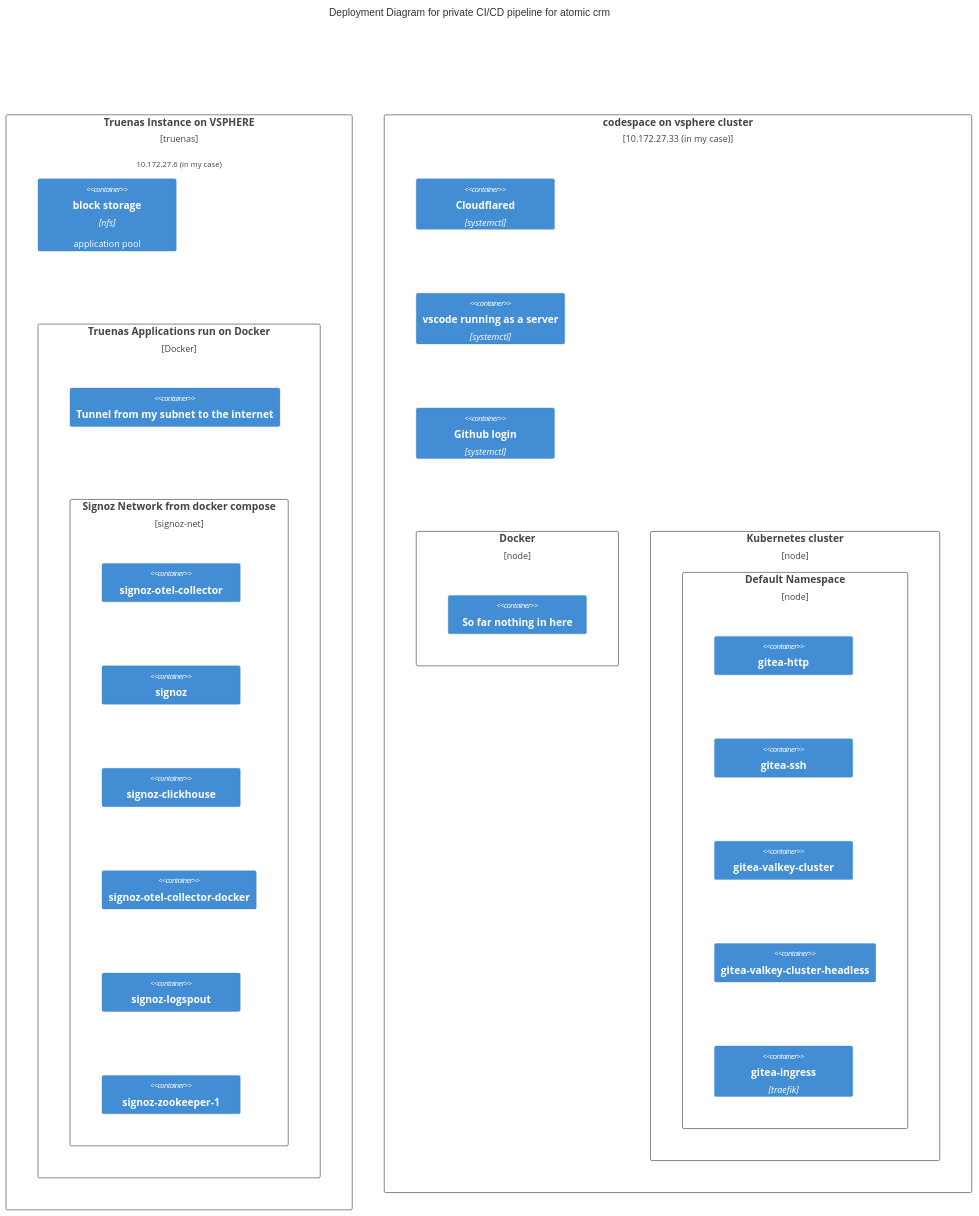
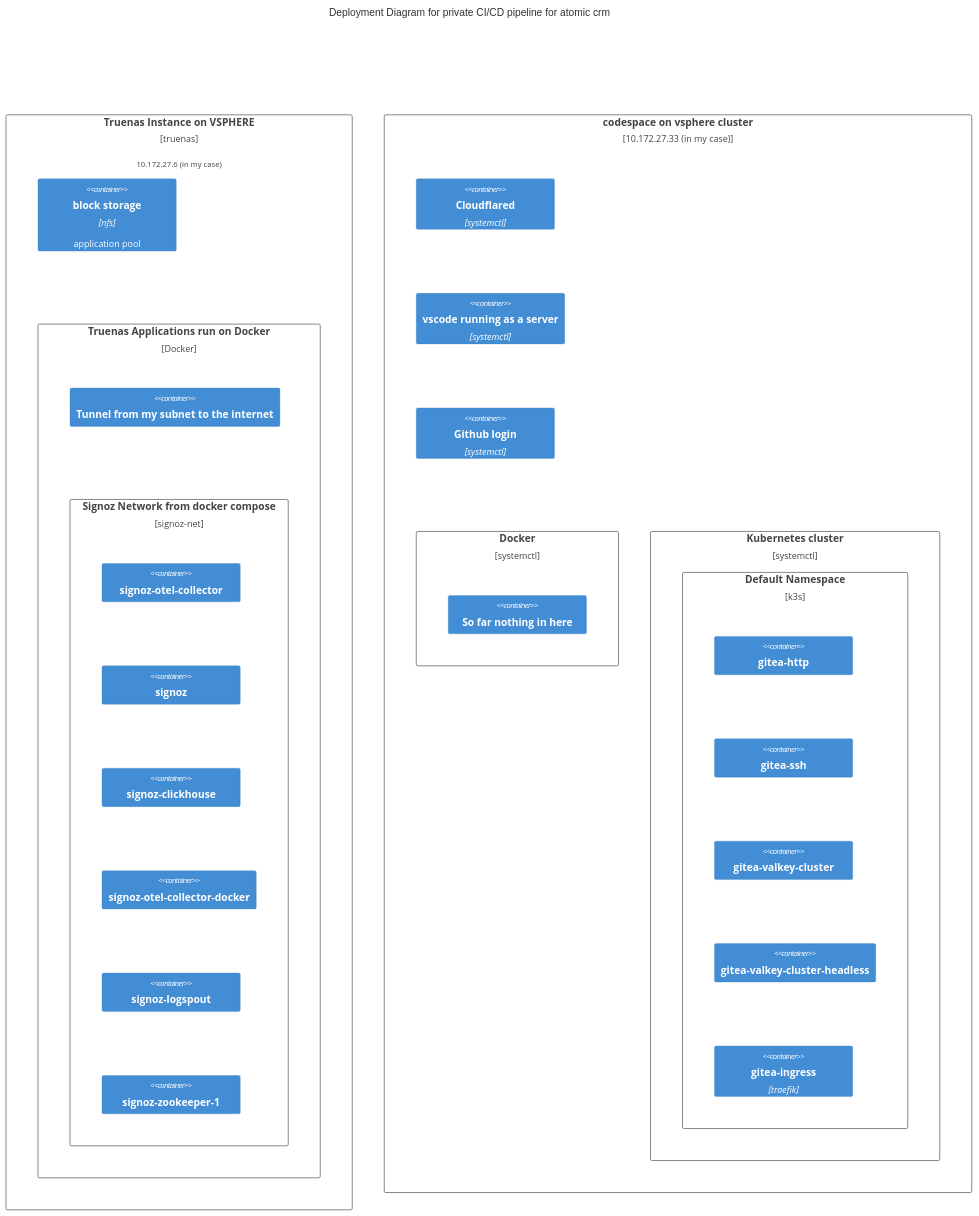
The diagram in README.md (ojaydiddy-git/Assignment-4---CI-CD-on-K8s), drawn with Mermaid before and after one commit.

Commit message:
add stereotypes

````diff
--- a/README.md
+++ b/README.md
@@ -14,42 +14,42 @@
 ```mermaid
     C4Deployment
     title Deployment Diagram for private CI/CD pipeline for atomic crm
 
     Deployment_Node(truenas, "Truenas Instance on VSPHERE", "truenas", "10.172.27.6 (in my case)"){
         Container(nfs, "block storage", "nfs","application pool")
         Deployment_Node(docker, "Truenas Applications run on Docker", "Docker"){
             Container(cloudflared-docker-image, "Tunnel from my subnet to the internet")
             Deployment_Node("signoz-net", "Signoz Network from docker compose", "signoz-net"){
                 Container("signoz-otel-collector","signoz-otel-collector")
                 Container("signoz", "signoz")
                 Container("signoz-clickhouse","signoz-clickhouse")
                 Container("signoz-otel-collector-docker", "signoz-otel-collector-docker")
                 Container("signoz-logspout", "signoz-logspout")
                 Container("signoz-zookeeper-1", "signoz-zookeeper-1")
 
             }
 
         }
 
         
     }
 
     Deployment_Node(ubuntu, "codespace on vsphere cluster", "10.172.27.33 (in my case)"){
         Container(cloudflared-systemd, "Cloudflared", "systemctl")
         Container(code-server, "vscode running as a server", "systemctl")
         Container(oauth-proxy, "Github login", "systemctl")
 
-        Deployment_Node(alsodocker, "Docker"){
+        Deployment_Node(alsodocker, "Docker", "systemctl"){
             Container(na, "So far nothing in here")
         }
-        Deployment_Node(kubernetes, "Kubernetes cluster"){
-            Deployment_Node(default, "Default Namespace"){
+        Deployment_Node(kubernetes, "Kubernetes cluster", "systemctl"){
+            Deployment_Node(default, "Default Namespace", "k3s"){
                 Container(gitea-http, "gitea-http")
                 Container(gitea-ssh, "gitea-ssh")
                 Container(gitea-valkey-cluster, "gitea-valkey-cluster")
                 Container(gitea-valkey-cluster-headless, "gitea-valkey-cluster-headless")
                 Container(gitea-ingress, "gitea-ingress", "traefik")
             }
         }
     }
 ```
````
